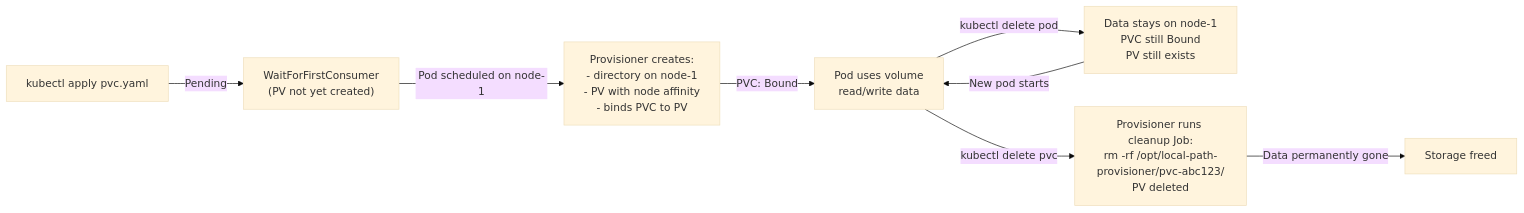
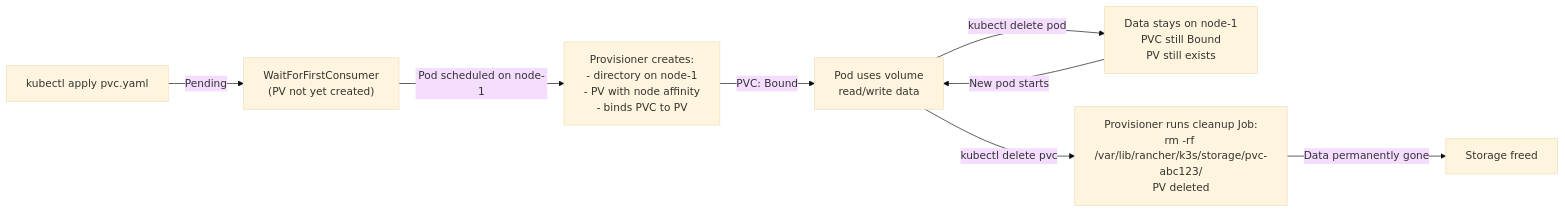
Before and after one commit to UncleJS/course_k3s: the fourth of 5 diagrams in 05_storage/01_local_path_provisioner.md, drawn with Mermaid (base theme). The commit also changed other lines of this file and 74 other files, not shown here.

````diff
--- a/05_storage/01_local_path_provisioner.md
+++ b/05_storage/01_local_path_provisioner.md
@@ -266,10 +266,10 @@
 ```mermaid
 flowchart LR
     CREATE["kubectl apply pvc.yaml"] -->|"Pending"| WAIT["WaitForFirstConsumer<br/>(PV not yet created)"]
     WAIT -->|"Pod scheduled on node-1"| PROVISION["Provisioner creates:<br/>- directory on node-1<br/>- PV with node affinity<br/>- binds PVC to PV"]
     PROVISION -->|"PVC: Bound"| USE["Pod uses volume<br/>read/write data"]
     USE -->|"kubectl delete pod"| RETAIN["Data stays on node-1<br/>PVC still Bound<br/>PV still exists"]
     RETAIN -->|"New pod starts"| USE
-    USE -->|"kubectl delete pvc"| DELETE["Provisioner runs cleanup Job:<br/>rm -rf /opt/local-path-provisioner/pvc-abc123/<br/>PV deleted"]
+    USE -->|"kubectl delete pvc"| DELETE["Provisioner runs cleanup Job:<br/>rm -rf /var/lib/rancher/k3s/storage/pvc-abc123/<br/>PV deleted"]
     DELETE -->|"Data permanently gone"| GONE["Storage freed"]
 ```
````
